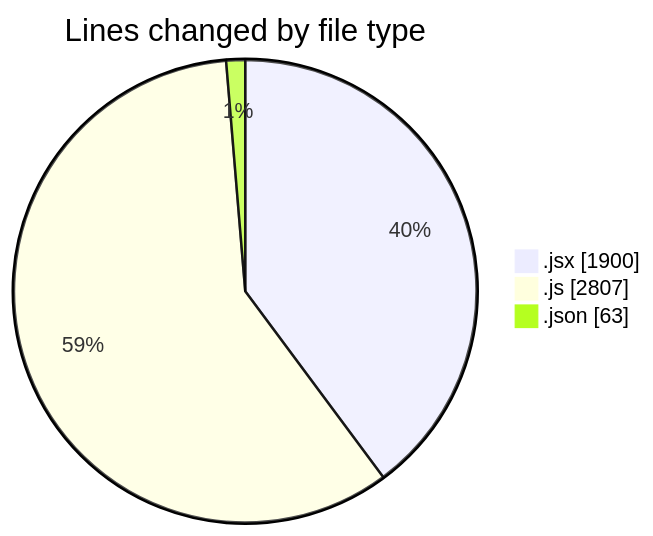
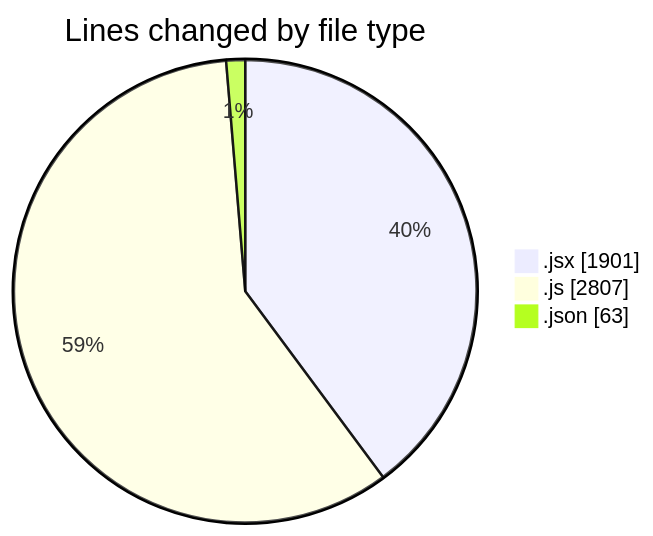
One commit to nxtqubesakshisongat/code-tracking changed the first of 2 diagrams in 2025-08-18/nxtqube_webapp/README.md. Above: the diagram before and after it, drawn with Mermaid. The commit also changed other lines of this file and 1 other file, not shown here.

````diff
--- a/2025-08-18/nxtqube_webapp/README.md
+++ b/2025-08-18/nxtqube_webapp/README.md
@@ -28,7 +28,7 @@
 ```mermaid
 pie showData
 title Lines changed by file type
-".jsx" : 1900
+".jsx" : 1901
 ".js" : 2807
 ".json" : 63
 ```
````
